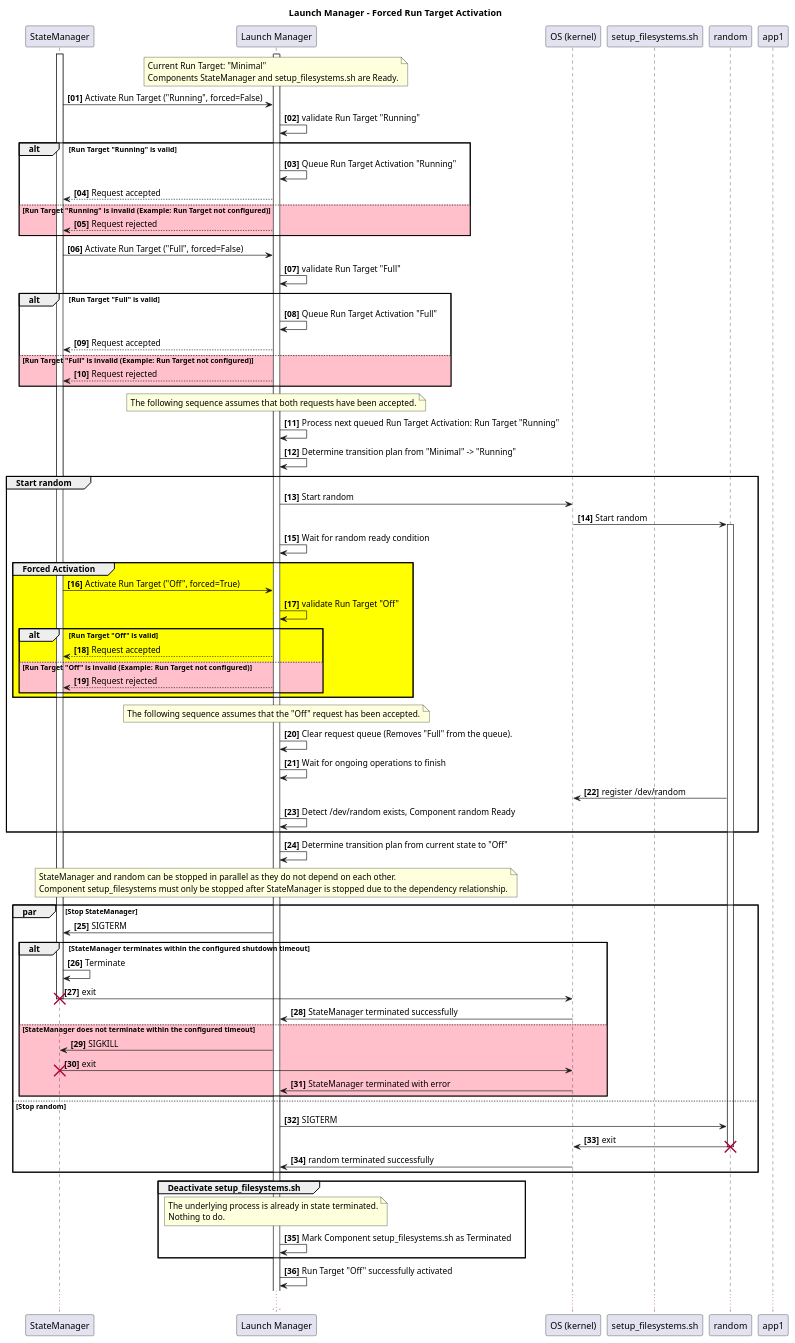
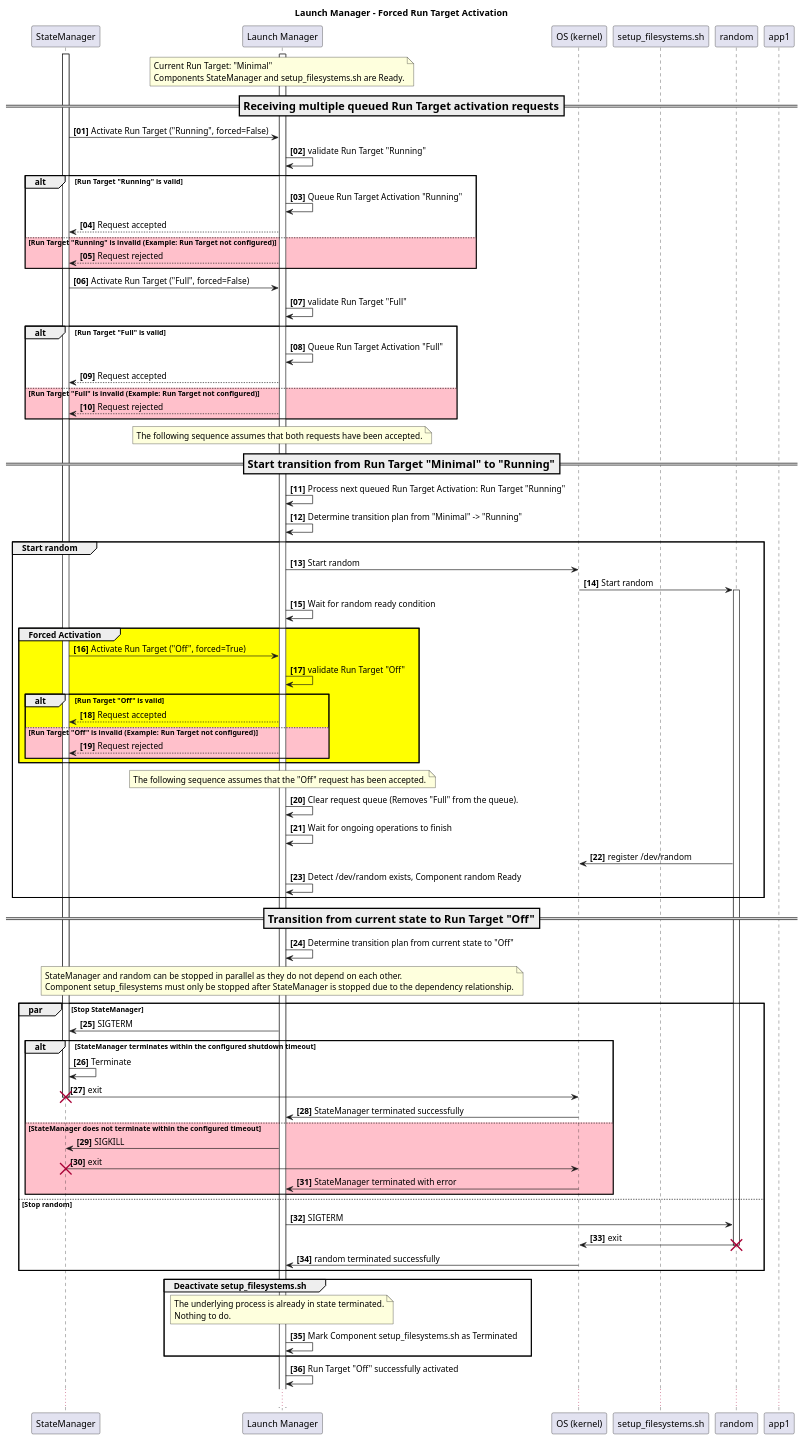
One commit to eclipse-score/lifecycle changed the diagram in docs/features/lifecycle/architecture/_assets/control_interface_forced_activation.puml. Above: the diagram before and after it, drawn with PlantUML. The commit also changed 2 other files, not shown here.

Commit message:
More diagram improvements

```diff
--- a/docs/features/lifecycle/architecture/_assets/control_interface_forced_activation.puml
+++ b/docs/features/lifecycle/architecture/_assets/control_interface_forced_activation.puml
@@ -14,110 +14,116 @@
 @startuml
 title Launch Manager - Forced Run Target Activation
 
 autonumber "<b>[00]"
 
 participant "StateManager" as sm
 participant "Launch Manager" as LM
 participant "OS (kernel)" as kernel
 participant "setup_filesystems.sh" as fs
 participant "random" as ran
 participant "app1" as app1
 
 activate LM
 activate sm
 
 note over LM
 Current Run Target: "Minimal"
 Components StateManager and setup_filesystems.sh are Ready.
 end note
+
+=== Receiving multiple queued Run Target activation requests ==
 
 sm -> LM : Activate Run Target ("Running", forced=False)
 LM -> LM: validate Run Target "Running"
 alt #White Run Target "Running" is valid
     LM -> LM: Queue Run Target Activation "Running"
     sm <-- LM: Request accepted
 else #Pink Run Target "Running" is invalid (Example: Run Target not configured)
     sm <-- LM: Request rejected
 end alt
 
 sm -> LM : Activate Run Target ("Full", forced=False)
 LM -> LM: validate Run Target "Full"
 alt #White Run Target "Full" is valid
     LM -> LM: Queue Run Target Activation "Full"
     sm <-- LM: Request accepted
 else #Pink Run Target "Full" is invalid (Example: Run Target not configured)
     sm <-- LM: Request rejected
 end alt
 
 note over LM
 The following sequence assumes that both requests have been accepted.
 end note
+
+=== Start transition from Run Target "Minimal" to "Running" ==
 
 LM -> LM: Process next queued Run Target Activation: Run Target "Running"
 LM -> LM: Determine transition plan from "Minimal" -> "Running"
 
 group #White Start random
     LM -> kernel : Start random
     kernel -> ran ++ : Start random
     LM -> LM : Wait for random ready condition
 
     group #Yellow Forced Activation
         sm -> LM : Activate Run Target ("Off", forced=True)
         LM -> LM: validate Run Target "Off"
         alt  Run Target "Off" is valid
             sm <-- LM: Request accepted
         else #Pink Run Target "Off" is invalid (Example: Run Target not configured)
             sm <-- LM: Request rejected
         end alt
     end group
 
     note over LM
     The following sequence assumes that the "Off" request has been accepted.
     end note
 
     LM -> LM : Clear request queue (Removes "Full" from the queue).
     LM -> LM : Wait for ongoing operations to finish
 
     ran -> kernel : register /dev/random
     LM -> LM : Detect /dev/random exists, Component random Ready
 end group
+
+=== Transition from current state to Run Target "Off" ==
 
 LM -> LM : Determine transition plan from current state to "Off"
 
 note over LM
 StateManager and random can be stopped in parallel as they do not depend on each other.
 Component setup_filesystems must only be stopped after StateManager is stopped due to the dependency relationship.
 end note
 
 par Stop StateManager
     LM -> sm : SIGTERM
     alt StateManager terminates within the configured shutdown timeout
         sm -> sm : Terminate
         sm -> kernel : exit
         destroy sm
         kernel -> LM : StateManager terminated successfully
     else #pink StateManager does not terminate within the configured timeout
         LM -> sm : SIGKILL
         sm -> kernel : exit
         destroy sm
         kernel -> LM : StateManager terminated with error
     end alt
 else Stop random
     LM -> ran : SIGTERM
     ran -> kernel : exit
     destroy ran
     kernel -> LM : random terminated successfully
 end par
 
 group #White Deactivate setup_filesystems.sh
     note over LM
         The underlying process is already in state terminated.
         Nothing to do.
     end note
     LM -> LM : Mark Component setup_filesystems.sh as Terminated
 end group
 
 LM -> LM: Run Target "Off" successfully activated
 
 ...
 @enduml
```
